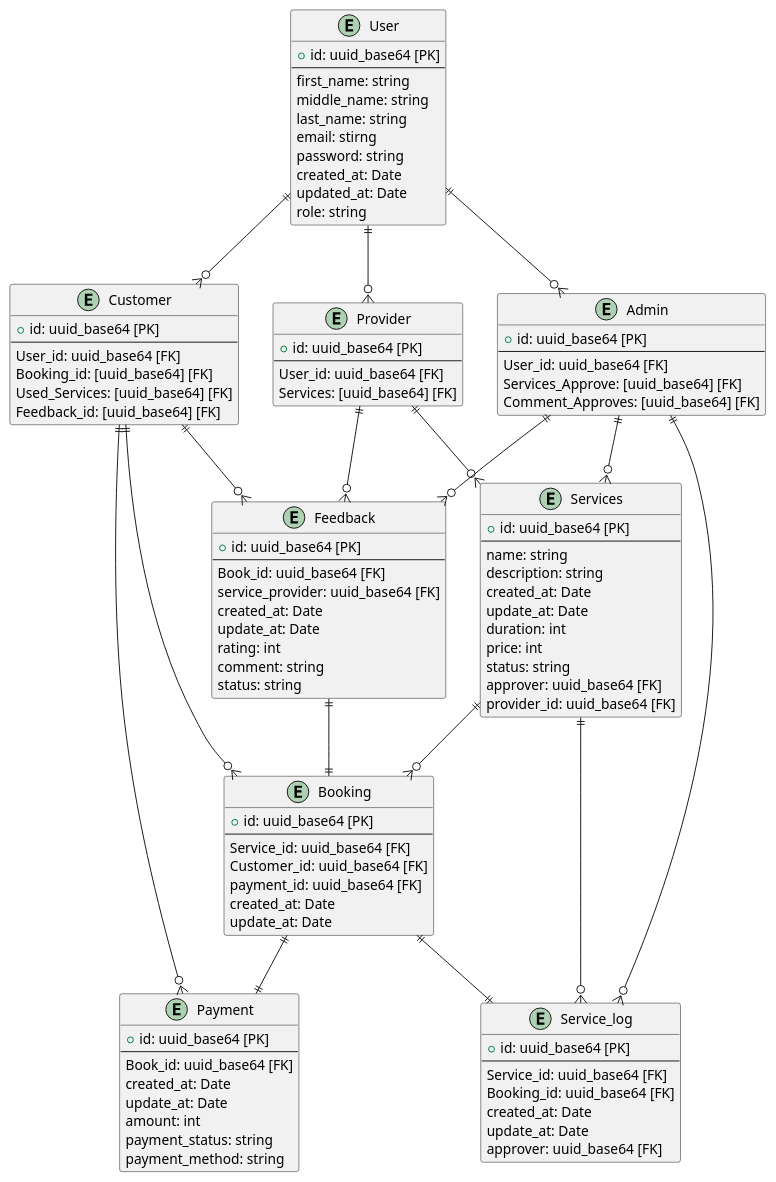
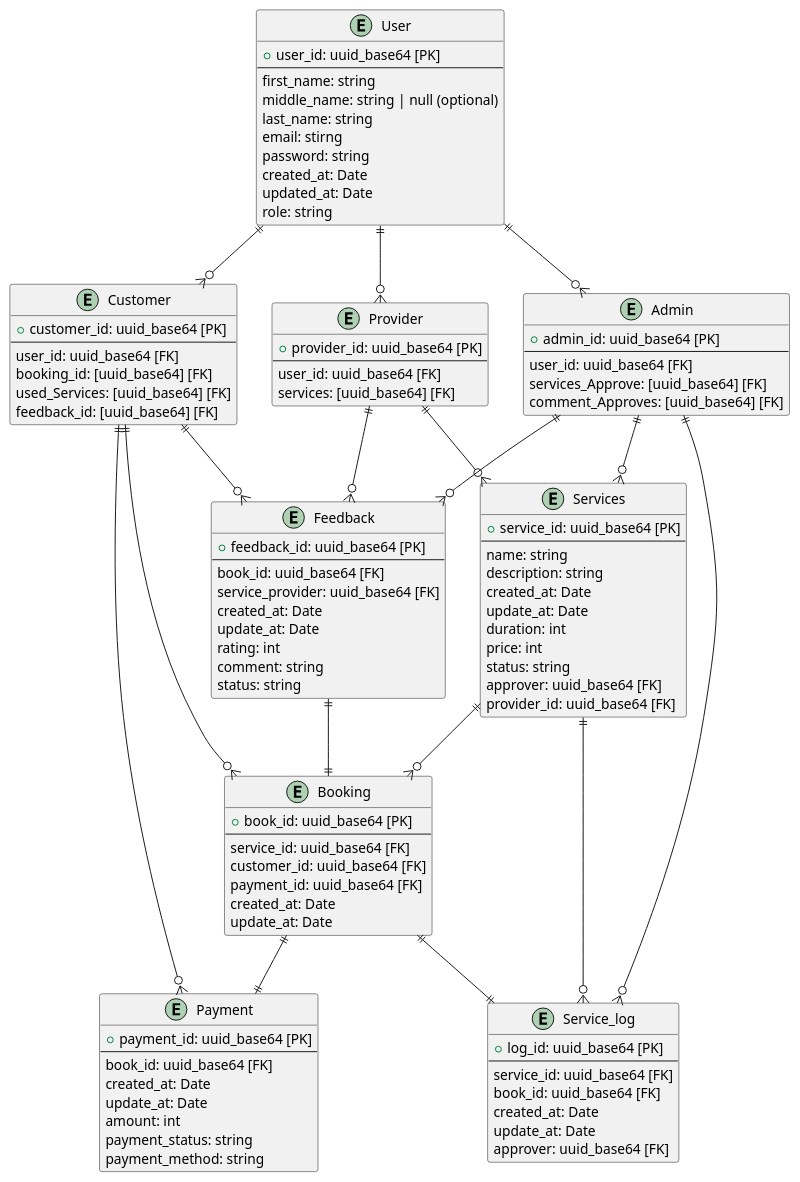
One commit to Nxwbtk/SA-Diagram changed the diagram in ER-Diagram.plantuml. Above: the diagram before and after it, drawn with PlantUML. The commit also changed 4 other files, not shown here.

```diff
--- a/ER-Diagram.plantuml
+++ b/ER-Diagram.plantuml
@@ -1,113 +1,113 @@
 @startuml
 entity "User" as user {
-	+ id: uuid_base64 [PK]
+	+ user_id: uuid_base64 [PK]
 	--
 	first_name: string
-	middle_name: string
+	middle_name: string | null (optional)
 	last_name: string
 	email: stirng
 	password: string
 	created_at: Date
 	updated_at: Date
 	role: string
 }
 
 entity "Provider" as provider {
-	+ id: uuid_base64 [PK]
+	+ provider_id: uuid_base64 [PK]
 	--
-	User_id: uuid_base64 [FK]
-	Services: [uuid_base64] [FK]
+	user_id: uuid_base64 [FK]
+	services: [uuid_base64] [FK]
 }
 
 entity "Customer" as customer {
-	+ id: uuid_base64 [PK]
+	+ customer_id: uuid_base64 [PK]
 	--
-	User_id: uuid_base64 [FK]
-	Booking_id: [uuid_base64] [FK]
-	Used_Services: [uuid_base64] [FK]
-	Feedback_id: [uuid_base64] [FK]
+	user_id: uuid_base64 [FK]
+	booking_id: [uuid_base64] [FK]
+	used_Services: [uuid_base64] [FK]
+	feedback_id: [uuid_base64] [FK]
 }
 
 entity "Services" as service {
-	+ id: uuid_base64 [PK]
+	+ service_id: uuid_base64 [PK]
 	--
 	name: string
 	description: string
 	created_at: Date
 	update_at: Date
 	duration: int
 	price: int
 	status: string
 	approver: uuid_base64 [FK]
 	provider_id: uuid_base64 [FK]
 }
 
 entity "Booking" as book {
-	+ id: uuid_base64 [PK]
+	+ book_id: uuid_base64 [PK]
 	--
-	Service_id: uuid_base64 [FK]
-	Customer_id: uuid_base64 [FK]
+	service_id: uuid_base64 [FK]
+	customer_id: uuid_base64 [FK]
 	payment_id: uuid_base64 [FK]
 	created_at: Date
 	update_at: Date
 }
 
 entity "Payment" as payment {
-	+ id: uuid_base64 [PK]
+	+ payment_id: uuid_base64 [PK]
 	--
-	Book_id: uuid_base64 [FK]
+	book_id: uuid_base64 [FK]
 	created_at: Date
 	update_at: Date
 	amount: int
 	payment_status: string
 	payment_method: string
 }
 
 entity "Admin" as admin {
-	+ id: uuid_base64 [PK]
+	+ admin_id: uuid_base64 [PK]
 	--
-	User_id: uuid_base64 [FK]
-	Services_Approve: [uuid_base64] [FK]
-	Comment_Approves: [uuid_base64] [FK]
+	user_id: uuid_base64 [FK]
+	services_Approve: [uuid_base64] [FK]
+	comment_Approves: [uuid_base64] [FK]
 }
 
 entity "Feedback" as fb {
-	+ id: uuid_base64 [PK]
+	+ feedback_id: uuid_base64 [PK]
 	--
-	Book_id: uuid_base64 [FK]
+	book_id: uuid_base64 [FK]
 	service_provider: uuid_base64 [FK]
 	created_at: Date
 	update_at: Date
 	rating: int
 	comment: string
 	status: string
 }
 
 entity "Service_log" as log {
-	+ id: uuid_base64 [PK]
+	+ log_id: uuid_base64 [PK]
 	--
-	Service_id: uuid_base64 [FK]
-	Booking_id: uuid_base64 [FK]
+	service_id: uuid_base64 [FK]
+	book_id: uuid_base64 [FK]
 	created_at: Date
 	update_at: Date
 	approver: uuid_base64 [FK]
 }
 
 user ||--o{ provider
 user ||--o{ customer
 user ||--o{ admin
 customer ||--o{ book
 service ||--o{ book
 provider ||--o{ service
 customer ||--o{ payment
 book ||--|| payment
 admin ||--o{ service
 admin ||--o{ fb
 provider ||--o{ fb
 service ||--o{ log
 admin ||--o{ log
 book ||--|| log
 customer ||--o{ fb
 fb ||--|| book
 
 @enduml
```
